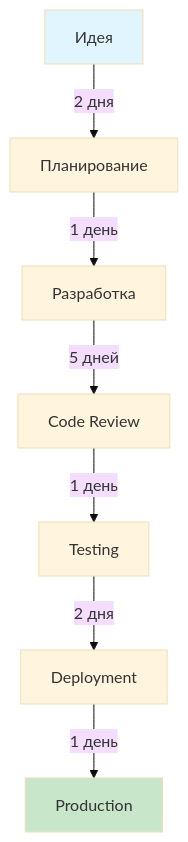
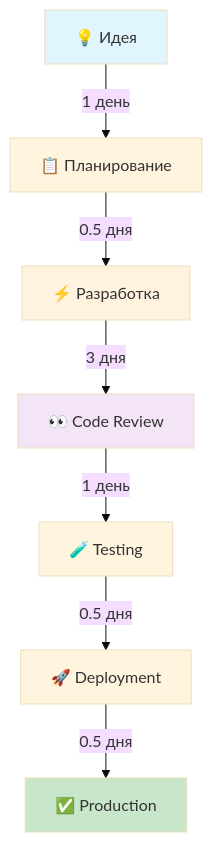
Before and after one commit to HOW2AI-AGENCY/albert3-muse-synth-studio: the second of 8 diagrams in project-management/reports/team-dashboard.md, drawn with Mermaid (base theme). The commit also changed other lines of this file, not shown here.

````diff
--- a/project-management/reports/team-dashboard.md
+++ b/project-management/reports/team-dashboard.md
@@ -39,12 +57,14 @@
 ```mermaid
 graph TD
-    A[Идея] -->|2 дня| B[Планирование]
-    B -->|1 день| C[Разработка]
-    C -->|5 дней| D[Code Review]
-    D -->|1 день| E[Testing]
-    E -->|2 дня| F[Deployment]
-    F -->|1 день| G[Production]
+    A[💡 Идея] -->|1 день| B[📋 Планирование]
+    B -->|0.5 дня| C[⚡ Разработка]
+    C -->|3 дня| D[👀 Code Review]
+    D -->|1 день| E[🧪 Testing]
+    E -->|0.5 дня| F[🚀 Deployment]
+    F -->|0.5 дня| G[✅ Production]
     
     style A fill:#e1f5fe
     style G fill:#c8e6c9
+    style C fill:#fff3e0
+    style D fill:#f3e5f5
 ```
````
